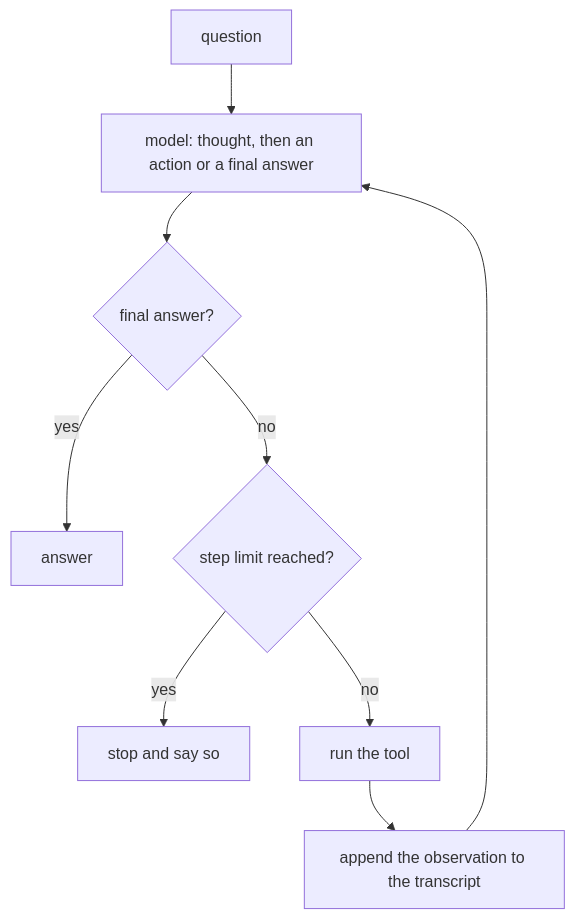
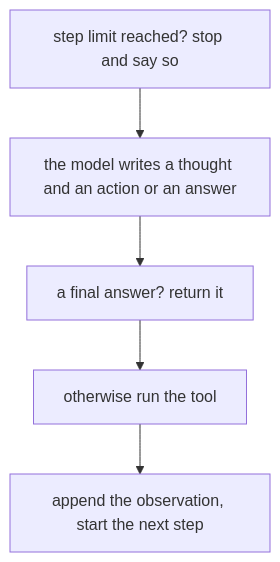
One commit to bkuberek/coding-study changed the first of 2 diagrams in guides/agents-and-workflows/guide.md. Above: the diagram before and after it, drawn with Mermaid. The commit also changed other lines of this file and 18 other files, not shown here.

````diff
--- a/guides/agents-and-workflows/guide.md
+++ b/guides/agents-and-workflows/guide.md
@@ -146,13 +146,9 @@
 ```mermaid
 flowchart TD
-  accTitle: The ReAct loop
-  accDescr: The model reads the question and the transcript so far and writes a thought and either an action or a final answer. An action runs as a tool call, its observation is appended to the transcript, and the model is called again, until it gives a final answer or the step limit is reached.
-  start["question"] --> model["model: thought, then an action or a final answer"]
-  model --> kind{"final answer?"}
-  kind -- yes --> answer["answer"]
-  kind -- no --> limit{"step limit reached?"}
-  limit -- yes --> stop["stop and say so"]
-  limit -- no --> tool["run the tool"]
-  tool --> observe["append the observation to the transcript"]
-  observe --> model
+  accTitle: One step of the ReAct loop
+  accDescr: Each step first checks the step limit: if it is reached, the run stops and says so. Otherwise the model reads the question and the transcript so far and writes a thought and either an action or a final answer. A final answer ends the run; an action runs as a tool call, and its observation is appended to the transcript before the next step.
+  limit["step limit reached? stop and say so"] --> model["the model writes a thought and an action or an answer"]
+  model --> final["a final answer? return it"]
+  final --> tool["otherwise run the tool"]
+  tool --> observe["append the observation, start the next step"]
 ```
````
